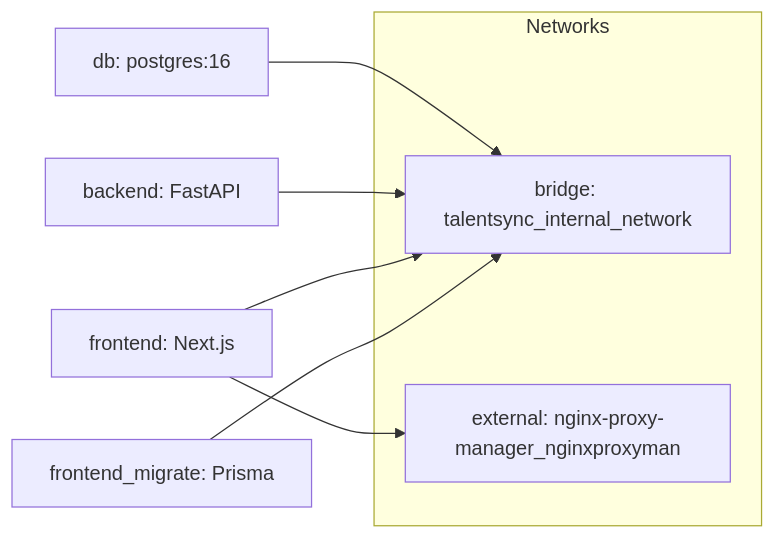
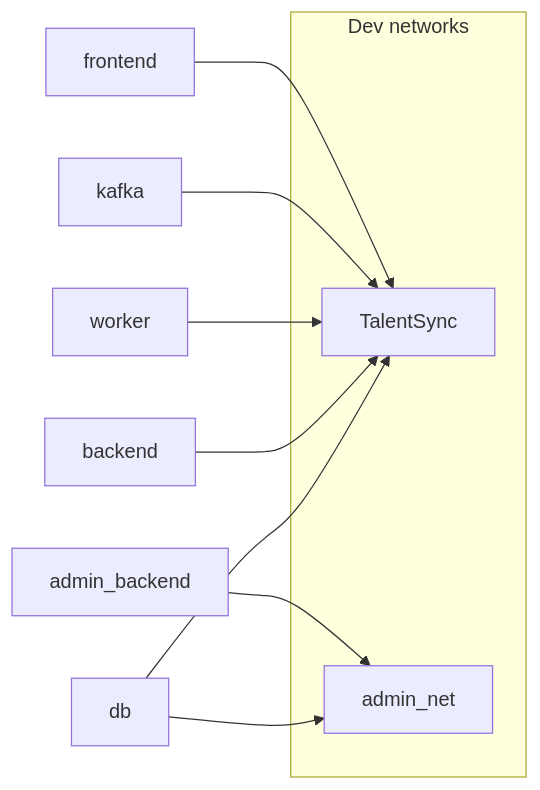
The fifth of 8 diagrams in src/data/docs/talentsync/Architecture Overview/Deployment Architecture.md (tashifkhan/tashif.codes), drawn with Mermaid before and after one commit. The commit also changed other lines of this file and 2128 other files, not shown here.

First line of the commit message:
docs: replace raster diagram images with native Mermaid across project guides

````diff
--- a/src/data/docs/talentsync/Architecture Overview/Deployment Architecture.md
+++ b/src/data/docs/talentsync/Architecture Overview/Deployment Architecture.md
@@ -128,12 +124,14 @@
 ```mermaid
 graph LR
-subgraph "Networks"
-INT["bridge: talentsync_internal_network"]
-EXT["external: nginx-proxy-manager_nginxproxyman"]
+subgraph "Dev networks"
+INT["TalentSync"]
+ADM["admin_net"]
 end
-DB["db: postgres:16"] --> INT
-BE["backend: FastAPI"] --> INT
-FE["frontend: Next.js"] --> INT
-FE --> EXT
-MIG["frontend_migrate: Prisma"] --> INT
+DB["db"] --> INT
+DB --> ADM
+BE["backend"] --> INT
+W["worker"] --> INT
+K["kafka"] --> INT
+FE["frontend"] --> INT
+AB["admin_backend"] --> ADM
 ```
````
